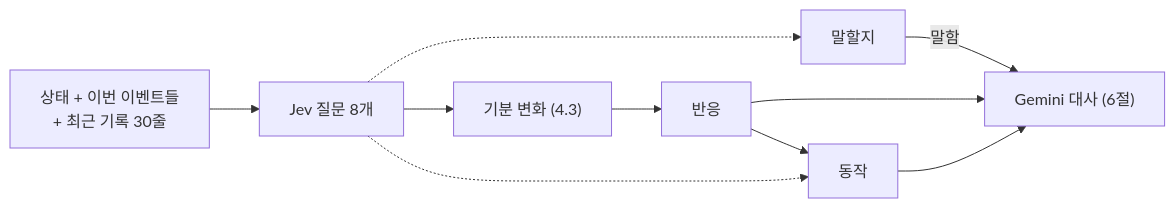
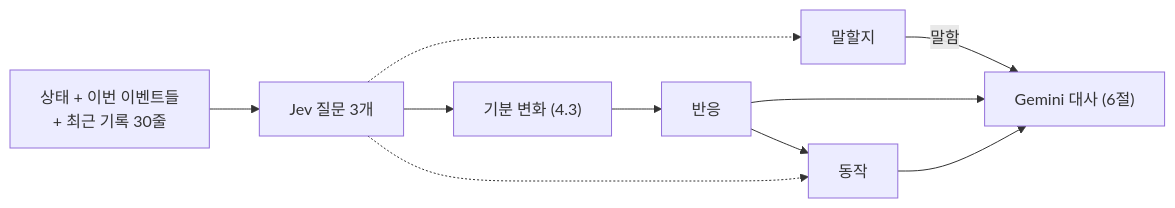
The third of 9 diagrams in ARCHITECTURE.md (HEOSEONGILml/AssistantChatBot), drawn with Mermaid before and after one commit. The commit also changed other lines of this file and 117 other files, not shown here.

````diff
--- a/ARCHITECTURE.md
+++ b/ARCHITECTURE.md
@@ -201,12 +147,12 @@
 ```mermaid
 flowchart LR
-  IN["상태 + 이번 이벤트들<br>+ 최근 기록 30줄"] --> JEV["Jev 질문 8개"]
+  IN["상태 + 이번 이벤트들<br>+ 최근 기록 30줄"] --> JEV["Jev 질문 3개"]
   JEV --> DM["기분 변화 (4.3)"]
   DM --> R["반응"]
   R --> A["동작"]
   JEV -.-> A
   JEV -.-> S["말할지"]
   S -->|"말함"| U["Gemini 대사 (6절)"]
   R --> U
   A --> U
 ```
````
